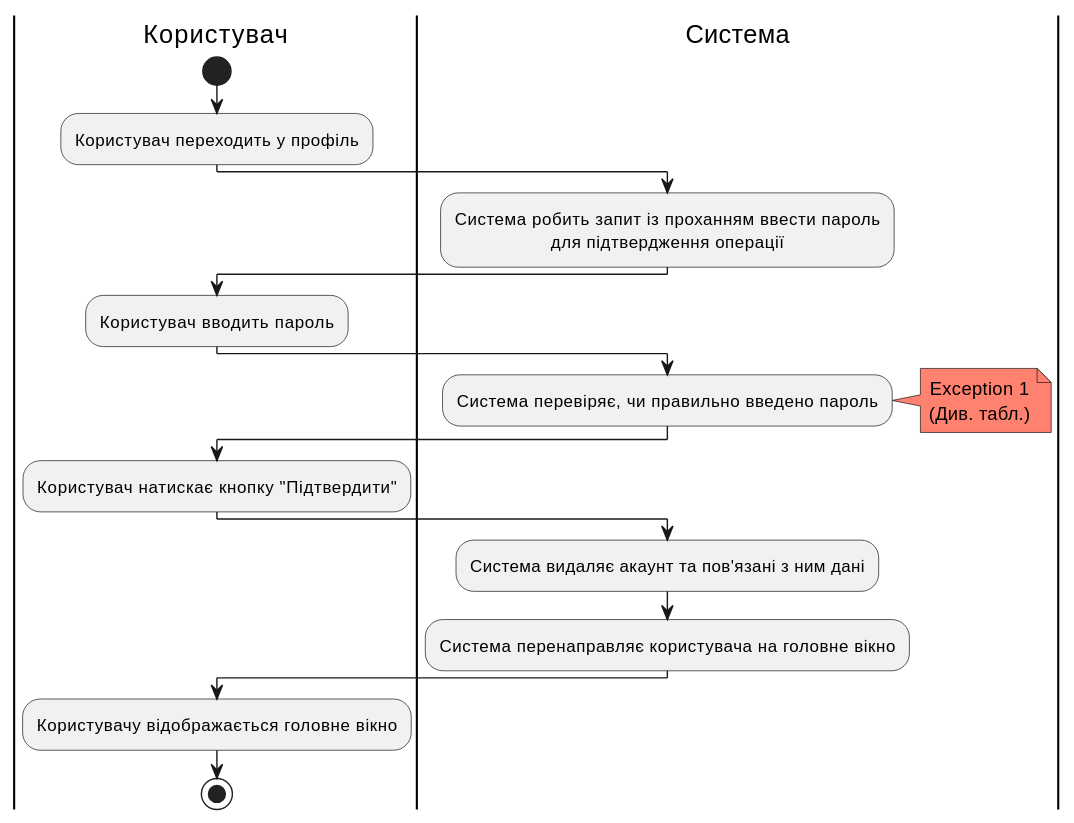
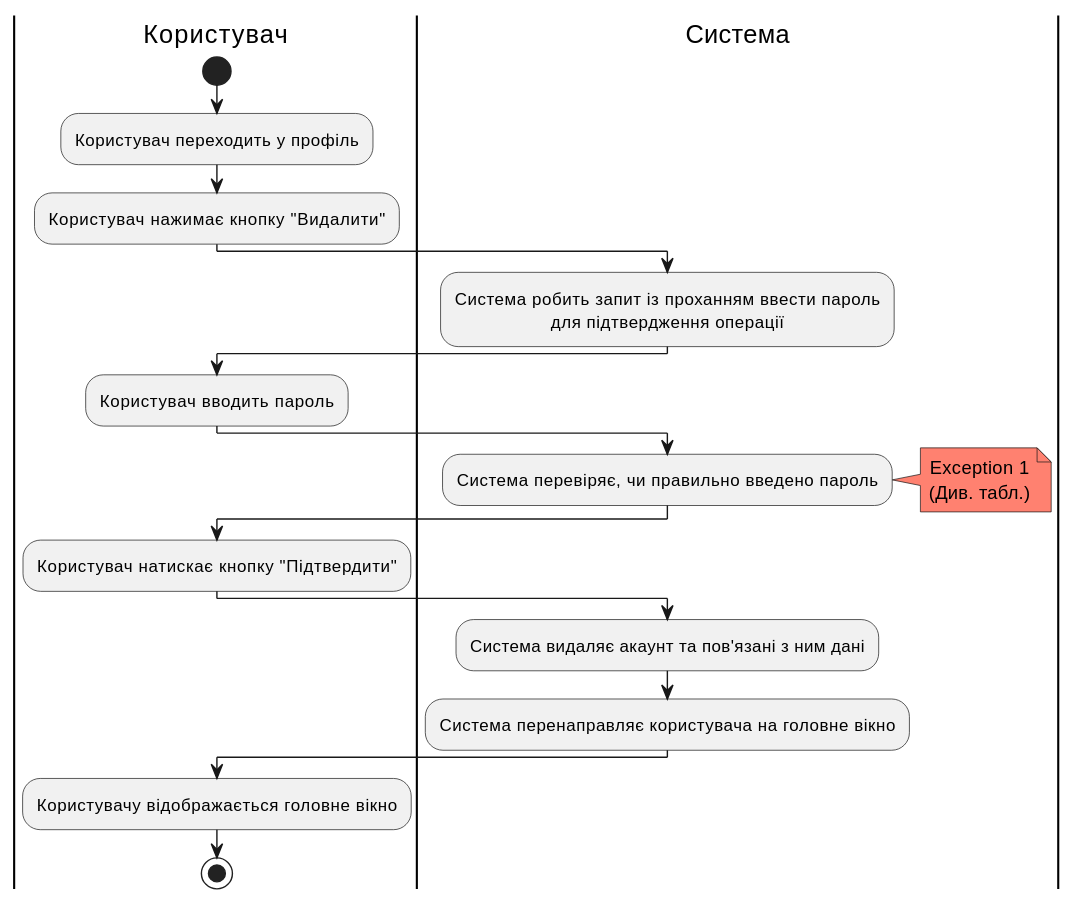
Before and after one commit to generalmaks/db_labs: the third of 3 diagrams in docs/use_cases.md, drawn with PlantUML.

Commit message:
add Delete in RemoveUserAccount diagram

````diff
--- a/docs/use_cases.md
+++ b/docs/use_cases.md
@@ -129,37 +129,38 @@
 ```plantuml
 @startuml
 |Користувач|
 start
 skinparam defaultTextAlignment center
 
 |Користувач|
 :Користувач переходить у профіль;
+:Користувач нажимає кнопку "Видалити";
 
 
 |Система|
 :Система робить запит із проханням ввести пароль 
 для підтвердження операції;
 
 |Користувач|
 :Користувач вводить пароль;
 
 |Система|
 :Система перевіряє, чи правильно введено пароль;
 note right #ff8170
 Exception 1
 (Див. табл.)
 end note
 
 |Користувач|
 :Користувач натискає кнопку "Підтвердити";
 
 |Система|
 :Система видаляє акаунт та пов'язані з ним дані;
 :Система перенаправляє користувача на головне вікно;
 
 |Користувач|
 :Користувачу відображається головне вікно;
 
 stop
 @enduml
 ```
````
